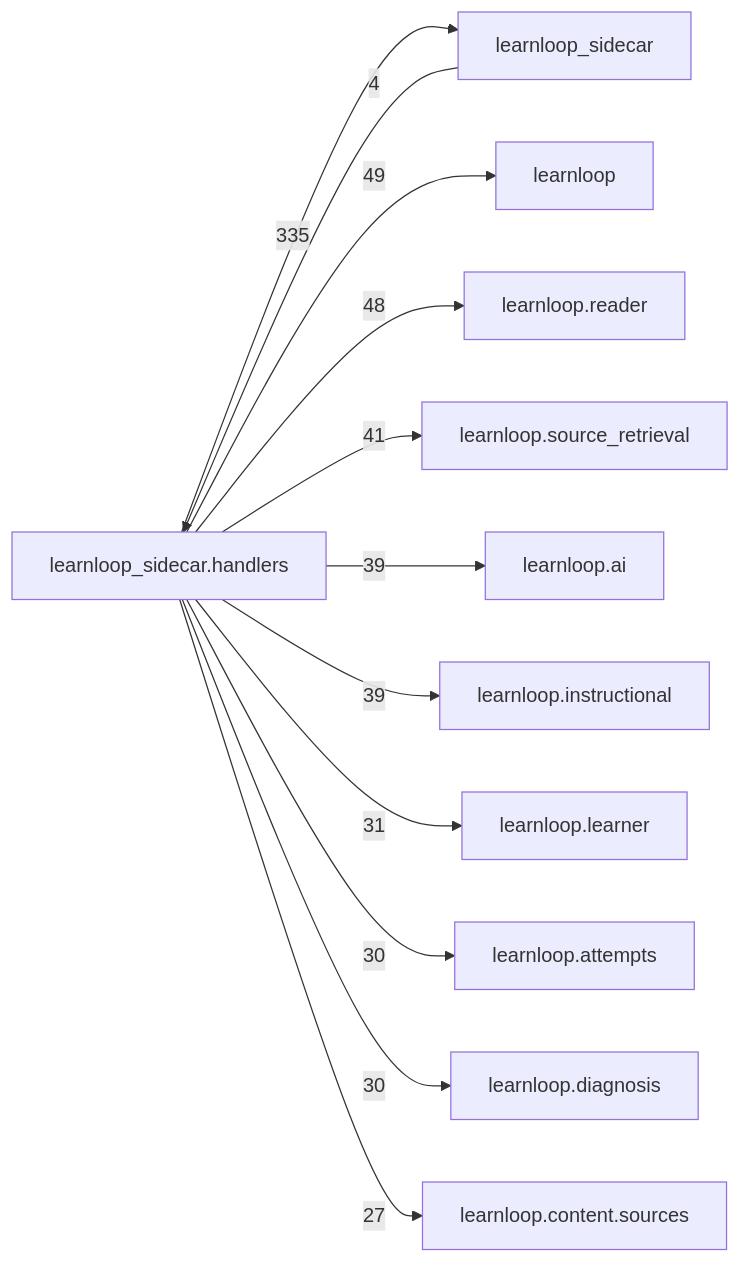
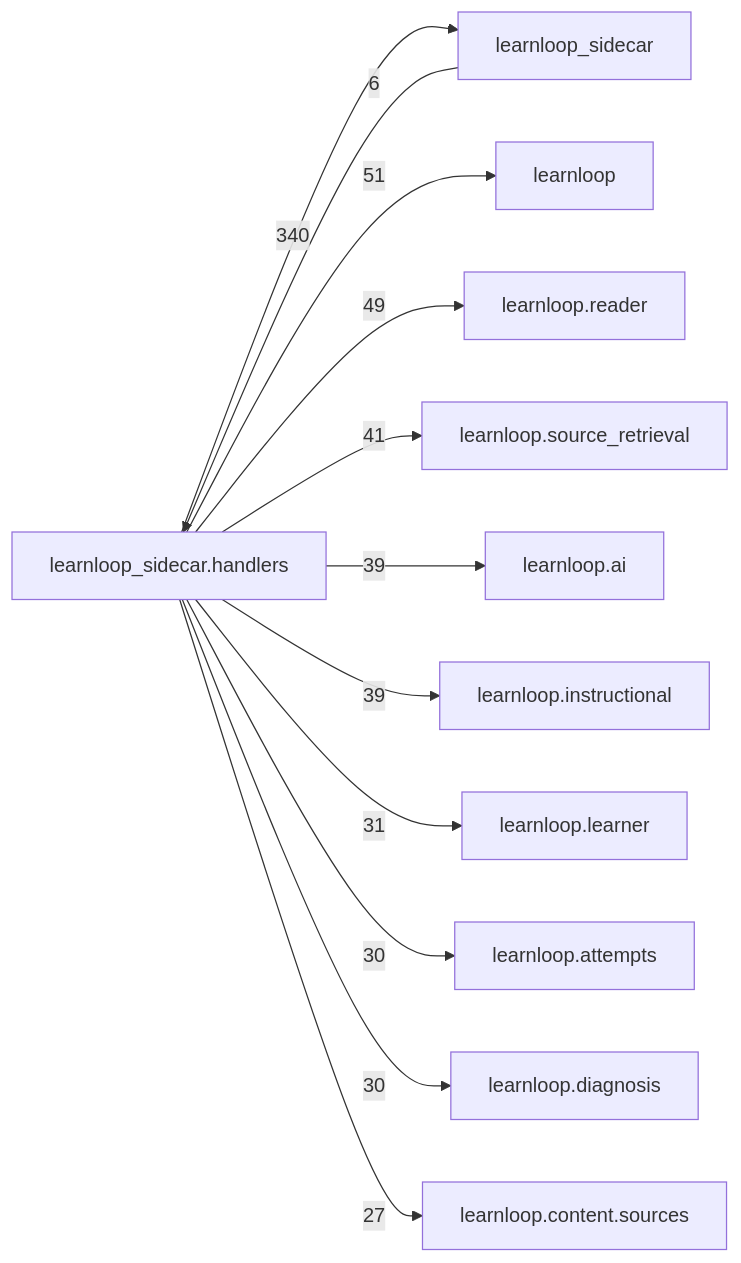
The diagram in docs/learnloop-architecture-vault/Reference/Modules/learnloop_sidecar/handlers/_package.md (6up-b/learnanything), drawn with Mermaid before and after one commit. The commit also changed other lines of this file and 174 other files, not shown here.

````diff
--- a/docs/learnloop-architecture-vault/Reference/Modules/learnloop_sidecar/handlers/_package.md
+++ b/docs/learnloop-architecture-vault/Reference/Modules/learnloop_sidecar/handlers/_package.md
@@ -269,25 +269,25 @@
 ```mermaid
 flowchart LR
     center["learnloop_sidecar.handlers"]
     n_learnloop_sidecar["learnloop_sidecar"]
     n_learnloop["learnloop"]
     n_learnloop_reader["learnloop.reader"]
     n_learnloop_source_retrieval["learnloop.source_retrieval"]
     n_learnloop_ai["learnloop.ai"]
     n_learnloop_instructional["learnloop.instructional"]
     n_learnloop_learner["learnloop.learner"]
     n_learnloop_attempts["learnloop.attempts"]
     n_learnloop_diagnosis["learnloop.diagnosis"]
     n_learnloop_content_sources["learnloop.content.sources"]
-    n_learnloop_sidecar -->|4| center
-    center -->|335| n_learnloop_sidecar
-    center -->|49| n_learnloop
-    center -->|48| n_learnloop_reader
+    n_learnloop_sidecar -->|6| center
+    center -->|340| n_learnloop_sidecar
+    center -->|51| n_learnloop
+    center -->|49| n_learnloop_reader
     center -->|41| n_learnloop_source_retrieval
     center -->|39| n_learnloop_ai
     center -->|39| n_learnloop_instructional
     center -->|31| n_learnloop_learner
     center -->|30| n_learnloop_attempts
     center -->|30| n_learnloop_diagnosis
     center -->|27| n_learnloop_content_sources
 ```
````
